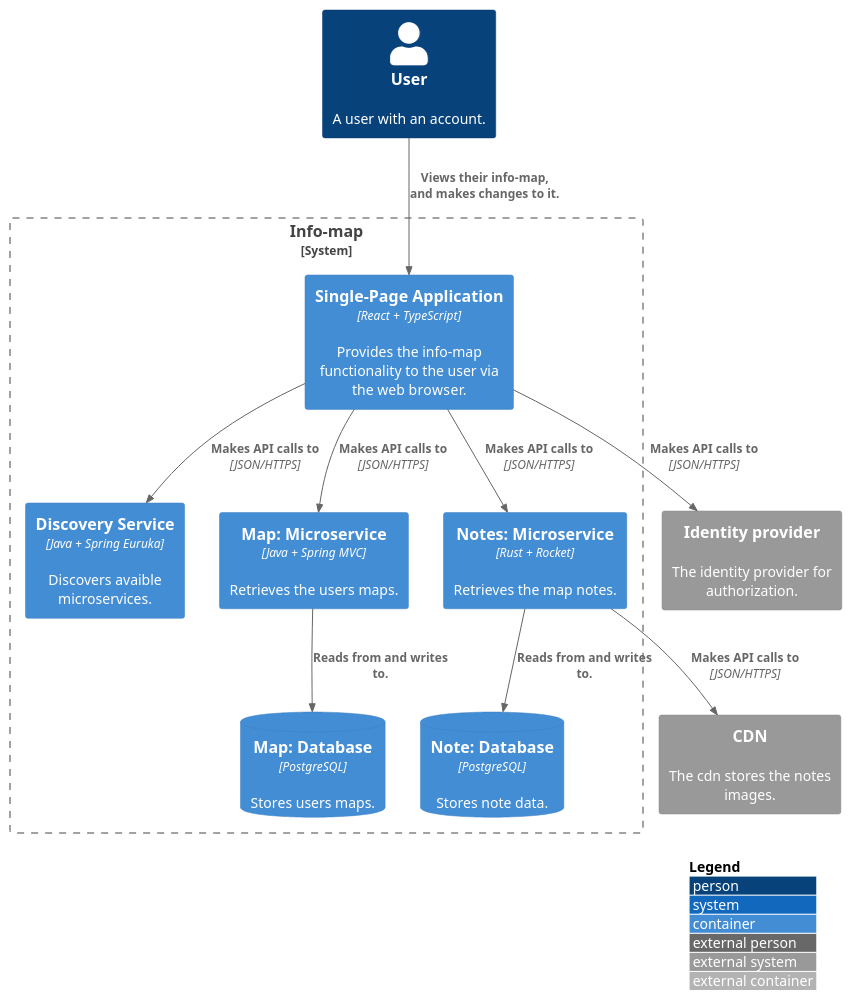
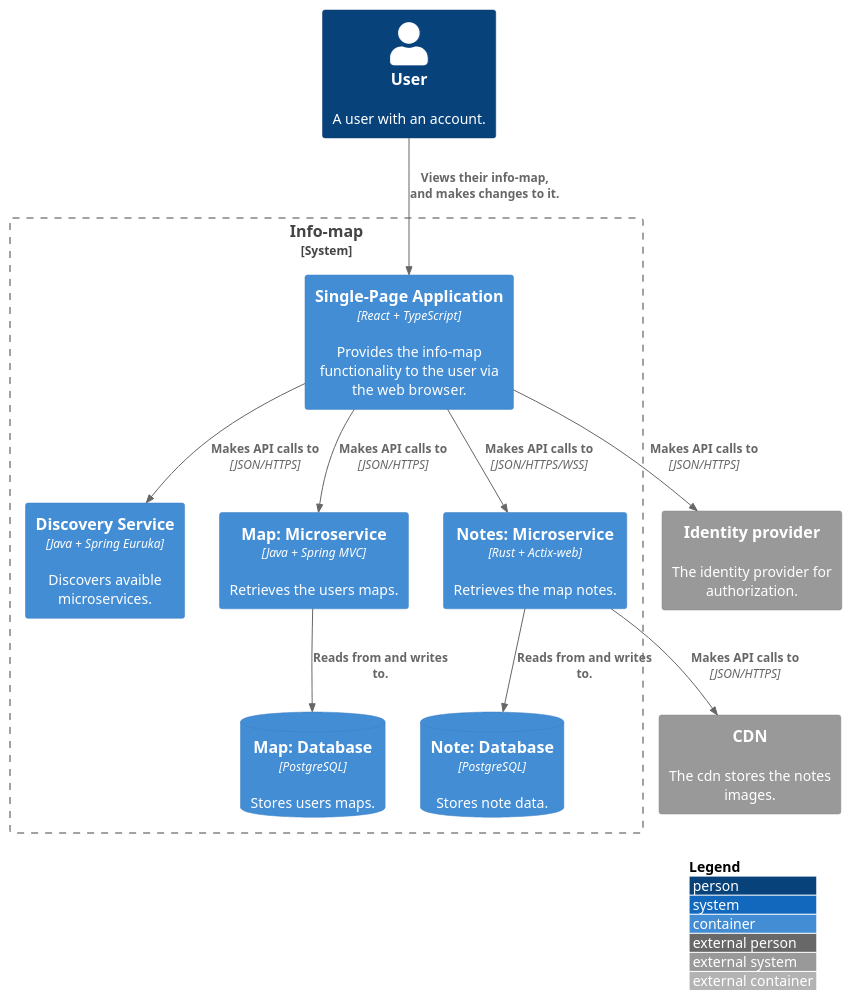
Before and after one commit to FHICT-S-Koen/info-map-docs: the diagram in diagrams/container.puml, drawn with PlantUML. The commit also changed 1 other file, not shown here.

```diff
--- a/diagrams/container.puml
+++ b/diagrams/container.puml
@@ -1,33 +1,33 @@
 @startuml C4_Elements
 !include https://raw.githubusercontent.com/plantuml-stdlib/C4-PlantUML/master/C4_Container.puml
 
 LAYOUT_WITH_LEGEND()
 
 Person(user, "User", "A user with an account.")
 
 System_Ext(auth, "Identity provider", "The identity provider for authorization.")
 System_Ext(cdn, "CDN", "The cdn stores the notes images.")
 
 System_Boundary(boundry, "Info-map"){
 	Container(spa, "Single-Page Application", "React + TypeScript", "Provides the info-map functionality to the user via the web browser.")
 
 	Container(api, "Discovery Service", "Java + Spring Euruka", "Discovers avaible microservices.")
 	
 	Container(map_service, "Map: Microservice", "Java + Spring MVC", "Retrieves the users maps.")
 	ContainerDb(map_db, "Map: Database", "PostgreSQL", "Stores users maps.")
 
-	Container(note_service, "Notes: Microservice", "Rust + Rocket", "Retrieves the map notes.")
+	Container(note_service, "Notes: Microservice", "Rust + Actix-web", "Retrieves the map notes.")
 	ContainerDb(note_db, "Note: Database", "PostgreSQL", "Stores note data.")
 }
 Rel(user, spa, "Views their info-map, and makes changes to it.")
 
 Rel(spa, api, "Makes API calls to", "JSON/HTTPS")
 Rel(spa, auth, "Makes API calls to", "JSON/HTTPS")
 
 Rel(spa, map_service, "Makes API calls to", "JSON/HTTPS")
 Rel(map_service, map_db, "Reads from and writes to.")
 
-Rel(spa, note_service, "Makes API calls to", "JSON/HTTPS")
+Rel(spa, note_service, "Makes API calls to", "JSON/HTTPS/WSS")
 Rel(note_service, cdn, "Makes API calls to", "JSON/HTTPS")
 Rel(note_service, note_db, "Reads from and writes to.")
 @enduml
```
